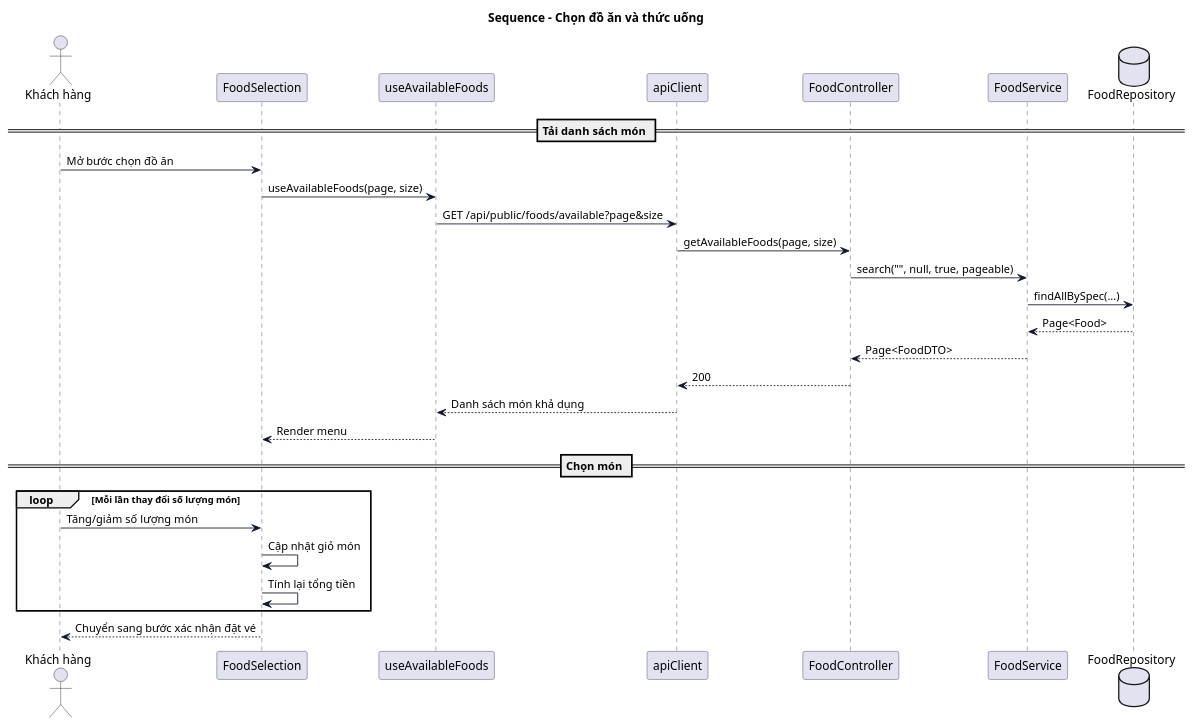
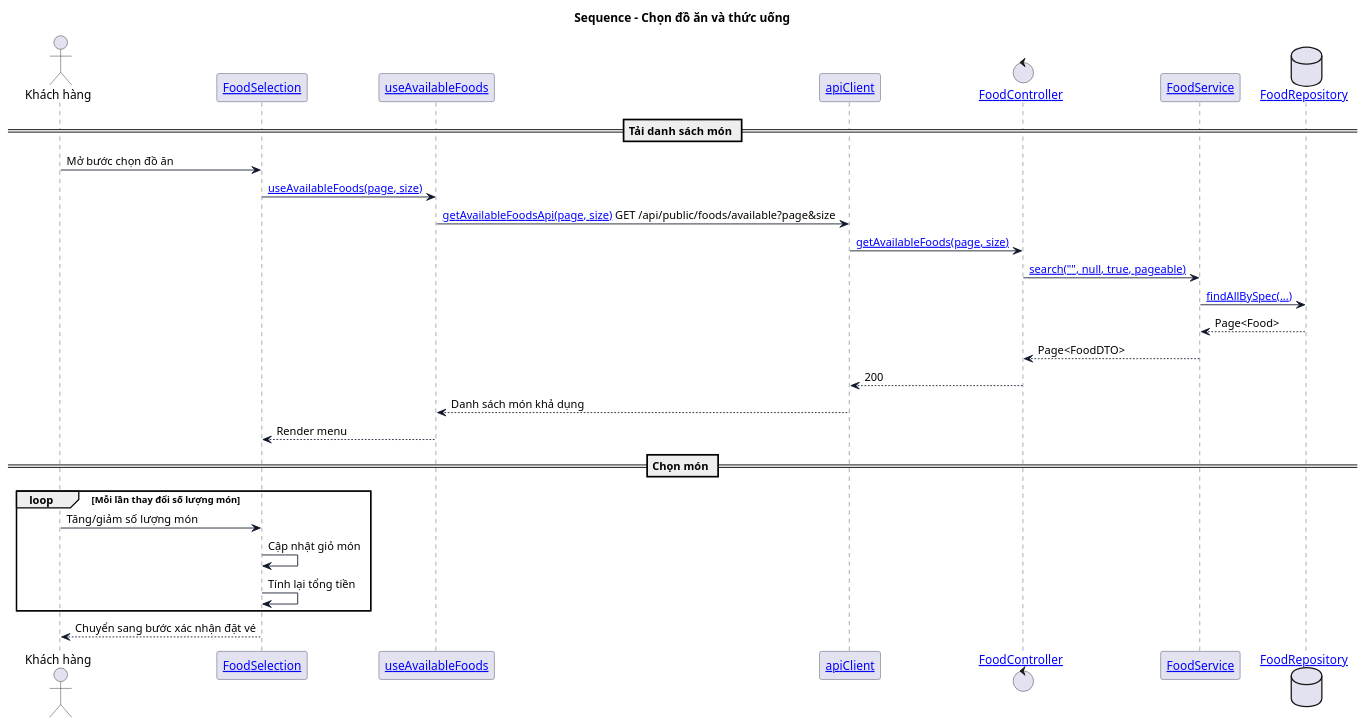
Before and after one commit to minhat5/MeCinema: the diagram in uml/sequence/sequence-select-food.puml, drawn with PlantUML. The commit also changed 21 other files, not shown here.

Commit message:
add link to file in uml

```diff
--- a/uml/sequence/sequence-select-food.puml
+++ b/uml/sequence/sequence-select-food.puml
@@ -1,41 +1,41 @@
 @startuml
 skinparam shadowing false
 skinparam sequence {
   ArrowColor #0F172A
   LifeLineBorderColor #334155
   LifeLineBackgroundColor #F8FAFC
   ParticipantBorderColor #334155
 }
 
 title Sequence - Chọn đồ ăn và thức uống
 
 actor User as "Khách hàng"
-participant UI as "FoodSelection"
-participant Hook as "useAvailableFoods"
-participant API as "apiClient"
-participant Ctl as "FoodController"
-participant Svc as "FoodService"
-database Repo as "FoodRepository"
+participant UI as "[[../../client/src/features/booking/components/FoodSelection.tsx FoodSelection]]"
+participant Hook as "[[../../client/src/features/booking/hooks/useFood.ts useAvailableFoods]]"
+participant API as "[[../../client/src/lib/api-client.ts apiClient]]"
+control Ctl as "[[../../src/main/java/com/mecinema/mecinema/controller/food/FoodController.java FoodController]]"
+participant Svc as "[[../../src/main/java/com/mecinema/mecinema/service/FoodService.java FoodService]]"
+database Repo as "[[../../src/main/java/com/mecinema/mecinema/repo/FoodRepository.java FoodRepository]]"
 
 == Tải danh sách món ==
 User -> UI: Mở bước chọn đồ ăn
-UI -> Hook: useAvailableFoods(page, size)
-Hook -> API: GET /api/public/foods/available?page&size
-API -> Ctl: getAvailableFoods(page, size)
-Ctl -> Svc: search("", null, true, pageable)
-Svc -> Repo: findAllBySpec(...)
+UI -> Hook: [[../../client/src/features/booking/hooks/useFood.ts useAvailableFoods(page, size)]]
+Hook -> API: [[../../client/src/features/booking/services/food.service.ts getAvailableFoodsApi(page, size)]] GET /api/public/foods/available?page&size
+API -> Ctl: [[../../src/main/java/com/mecinema/mecinema/controller/food/FoodController.java#L32 getAvailableFoods(page, size)]]
+Ctl -> Svc: [[../../src/main/java/com/mecinema/mecinema/service/FoodService.java search("", null, true, pageable)]]
+Svc -> Repo: [[../../src/main/java/com/mecinema/mecinema/repo/FoodRepository.java findAllBySpec(...)]]
 Repo --> Svc: Page<Food>
 Svc --> Ctl: Page<FoodDTO>
 Ctl --> API: 200
 API --> Hook: Danh sách món khả dụng
 Hook --> UI: Render menu
 
 == Chọn món ==
 loop Mỗi lần thay đổi số lượng món
   User -> UI: Tăng/giảm số lượng món
   UI -> UI: Cập nhật giỏ món
   UI -> UI: Tính lại tổng tiền
 end
 
 UI --> User: Chuyển sang bước xác nhận đặt vé
 @enduml
```
